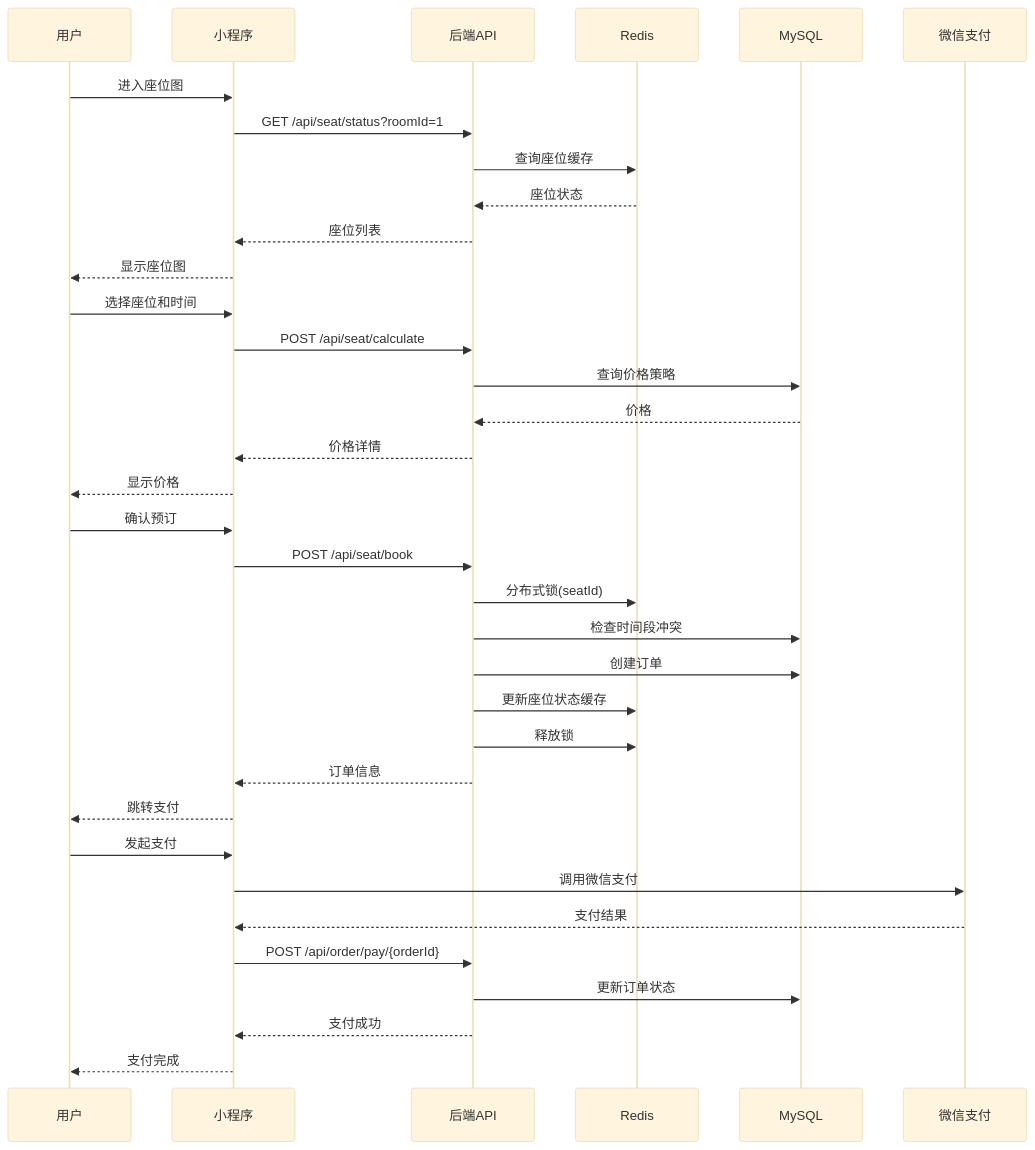
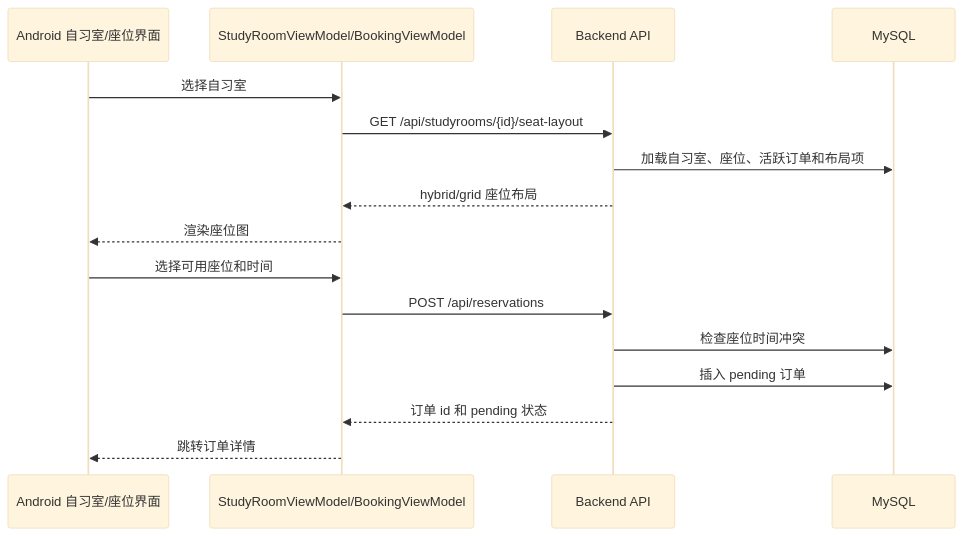
One commit to yu086868-ui/iStudySpot changed the second of 5 diagrams in docs/architecture.md. Above: the diagram before and after it, drawn with Mermaid (base theme). The commit also changed other lines of this file and 12 other files, not shown here.

````diff
--- a/docs/architecture.md
+++ b/docs/architecture.md
@@ -225,41 +217,19 @@
 ```mermaid
 sequenceDiagram
-    participant User as 用户
-    participant MP as 小程序
-    participant API as 后端API
-    participant Redis as Redis
+    participant Android as Android 自习室/座位界面
+    participant VM as StudyRoomViewModel/BookingViewModel
+    participant Backend as Backend API
     participant DB as MySQL
-    participant Pay as 微信支付
 
-    User->>MP: 进入座位图
-    MP->>API: GET /api/seat/status?roomId=1
-    API->>Redis: 查询座位缓存
-    Redis-->>API: 座位状态
-    API-->>MP: 座位列表
-    MP-->>User: 显示座位图
-
-    User->>MP: 选择座位和时间
-    MP->>API: POST /api/seat/calculate
-    API->>DB: 查询价格策略
-    DB-->>API: 价格
-    API-->>MP: 价格详情
-    MP-->>User: 显示价格
-
-    User->>MP: 确认预订
-    MP->>API: POST /api/seat/book
-    API->>Redis: 分布式锁(seatId)
-    API->>DB: 检查时间段冲突
-    API->>DB: 创建订单
-    API->>Redis: 更新座位状态缓存
-    API->>Redis: 释放锁
-    API-->>MP: 订单信息
-    MP-->>User: 跳转支付
-
-    User->>MP: 发起支付
-    MP->>Pay: 调用微信支付
-    Pay-->>MP: 支付结果
-    MP->>API: POST /api/order/pay/{orderId}
-    API->>DB: 更新订单状态
-    API-->>MP: 支付成功
-    MP-->>User: 支付完成
+    Android->>VM: 选择自习室
+    VM->>Backend: GET /api/studyrooms/{id}/seat-layout
+    Backend->>DB: 加载自习室、座位、活跃订单和布局项
+    Backend-->>VM: hybrid/grid 座位布局
+    VM-->>Android: 渲染座位图
+    Android->>VM: 选择可用座位和时间
+    VM->>Backend: POST /api/reservations
+    Backend->>DB: 检查座位时间冲突
+    Backend->>DB: 插入 pending 订单
+    Backend-->>VM: 订单 id 和 pending 状态
+    VM-->>Android: 跳转订单详情
 ```
````
